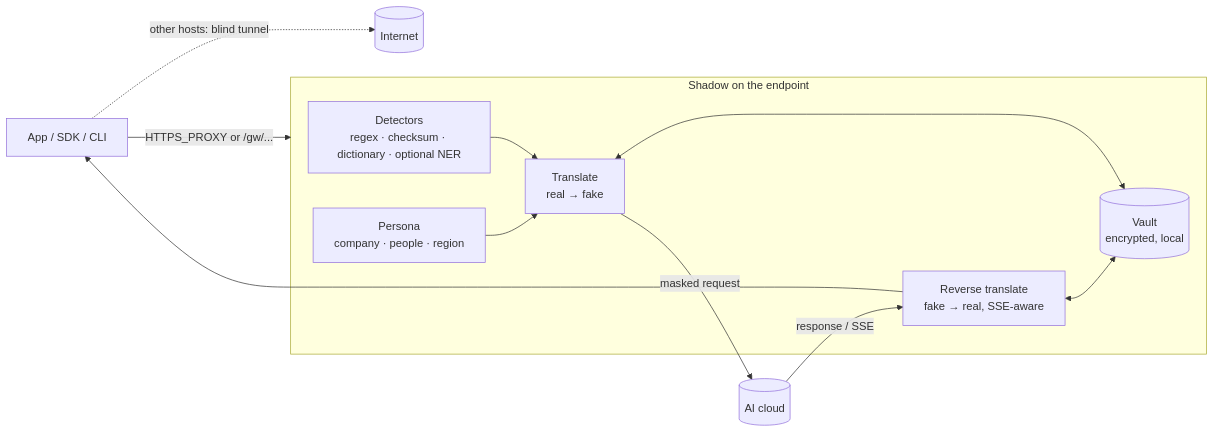
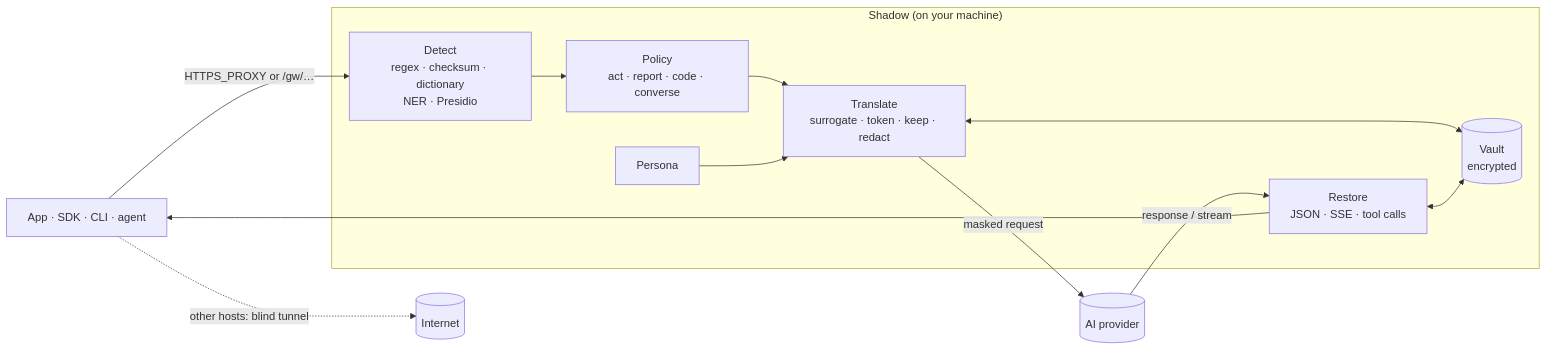
The diagram in README.md (Tiny-Bubble-Company/shadow), drawn with Mermaid before and after one commit. The commit also changed other lines of this file and 52 other files, not shown here.

````diff
--- a/README.md
+++ b/README.md
@@ -26,13 +196,14 @@
 ```mermaid
 flowchart LR
-  A[App / SDK / CLI] -- HTTPS_PROXY or /gw/... --> S
-  subgraph S[Shadow on the endpoint]
-    D[Detectors<br/>regex · checksum · dictionary · optional NER] --> T[Translate<br/>real → fake]
-    T <--> V[(Vault<br/>encrypted, local)]
-    P[Persona<br/>company · people · region] --> T
-    R[Reverse translate<br/>fake → real, SSE-aware] <--> V
+  A[App · SDK · CLI · agent] -- "HTTPS_PROXY or /gw/…" --> D
+  subgraph S["Shadow (on your machine)"]
+    D[Detect<br/>regex · checksum · dictionary<br/>NER · Presidio] --> P[Policy<br/>act · report · code · converse]
+    P --> T[Translate<br/>surrogate · token · keep · redact]
+    T <--> V[(Vault<br/>encrypted)]
+    R[Restore<br/>JSON · SSE · tool calls] <--> V
+    PE[Persona] --> T
   end
-  T -- masked request --> C[(AI cloud)]
-  C -- response / SSE --> R --> A
+  T -- masked request --> C[(AI provider)]
+  C -- response / stream --> R --> A
   A -. other hosts: blind tunnel .-> X[(Internet)]
 ```
````
